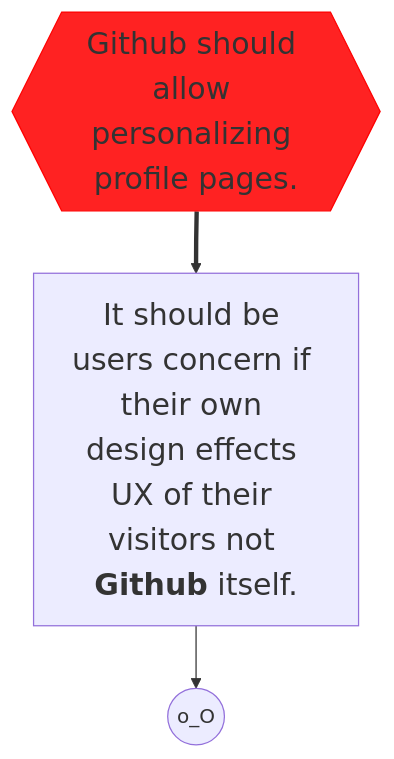
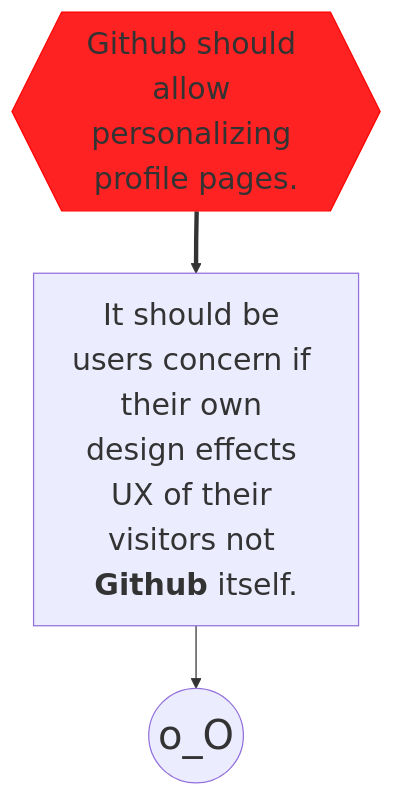
The diagram in README.md (oceancholic/oceancholic), drawn with Mermaid before and after one commit. The commit also changed other lines of this file, not shown here.

````diff
--- a/README.md
+++ b/README.md
@@ -4,19 +2,19 @@
 ```mermaid
 %%{
   init: {
     'theme': 'base',
     'securityLevel' :'loose',
     'secure' : ["securityLevel"],
     }
   }
 }%%
 
 flowchart TD
   A{{Github should allow personalizing profile pages.}}
   B["`It should be users concern if their own design effects UX of their visitors not **Github** itself.`"]
   C(("o_O"))
   A:::aClass==>B:::bClass-->C:::cClass
+  classDef cClass font-size:24pt;
   classDef aClass stroke:#f00,fill:#f22,font-size:18pt;
   classDef bClass font-size:18pt;
-  classDef cClass background:#000,\\#/diamond color:#f00;
 ```
````
